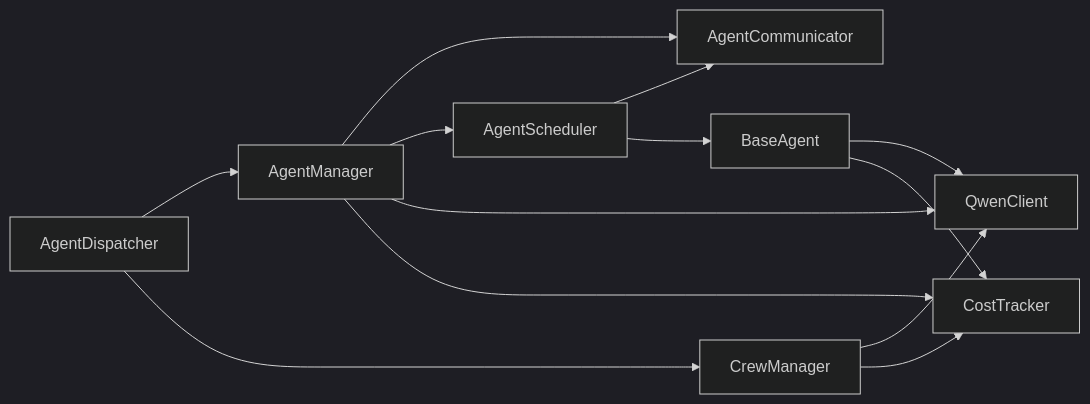
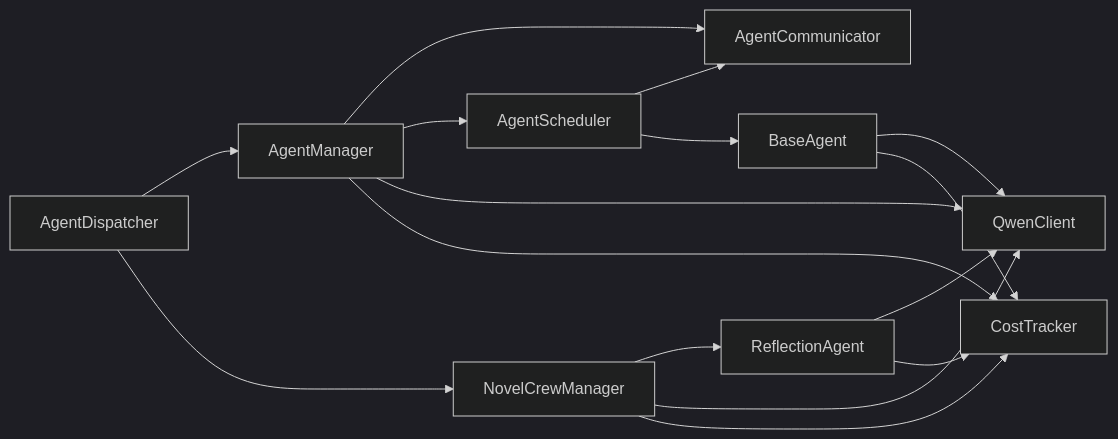
Before and after one commit to xfbyxq/ai-novel-system: diagram 11 of 11 in .qoder/repowiki/zh/content/AI智能体系统/Agent管理器核心.md, drawn with Mermaid (dark theme). The commit also changed other lines of this file and 11 other files, not shown here.

````diff
--- a/.qoder/repowiki/zh/content/AI智能体系统/Agent管理器核心.md
+++ b/.qoder/repowiki/zh/content/AI智能体系统/Agent管理器核心.md
@@ -435,15 +568,18 @@
 ```mermaid
 graph LR
 AM["AgentManager"] --> AC["AgentCommunicator"]
 AM --> AS["AgentScheduler"]
 AM --> QC["QwenClient"]
 AM --> CT["CostTracker"]
 AS --> AC
 AS --> BA["BaseAgent"]
 BA --> QC
 BA --> CT
-AD["AgentDispatcher"] --> AM
-AD --> CM["CrewManager"]
+RA["ReflectionAgent"] --> QC
+RA --> CT
+CM["NovelCrewManager"] --> RA
 CM --> QC
 CM --> CT
+AD["AgentDispatcher"] --> AM
+AD --> CM
 ```
````
